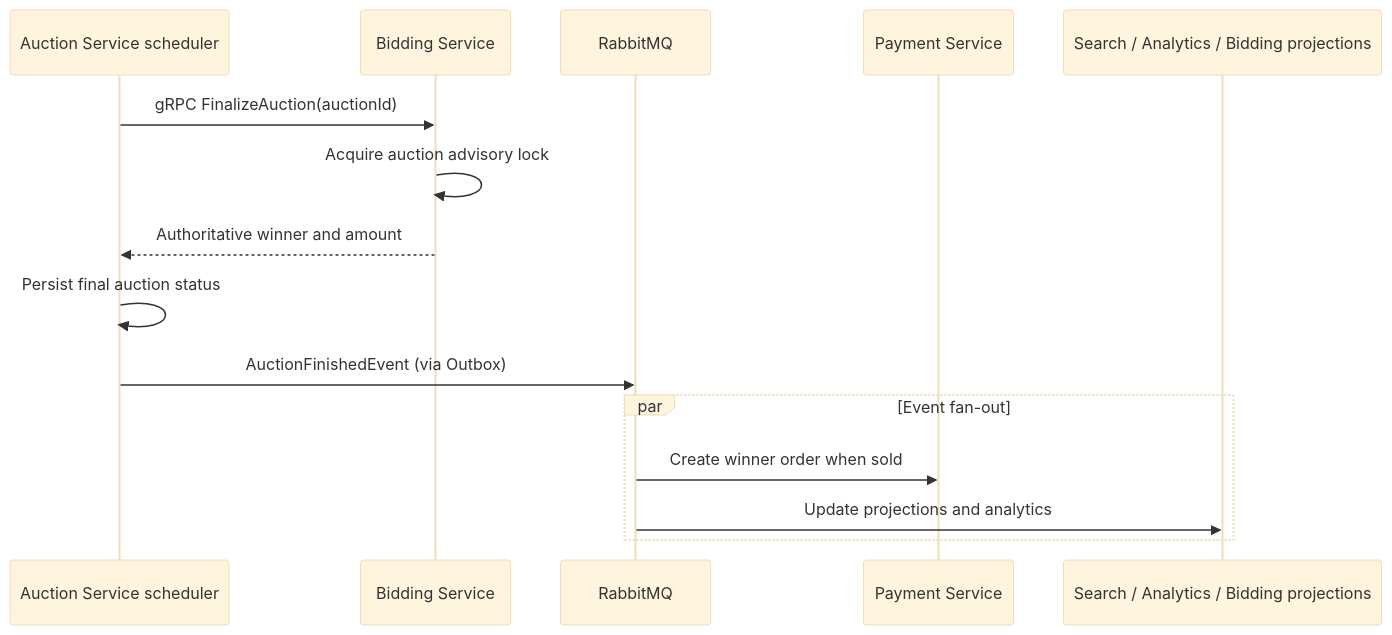
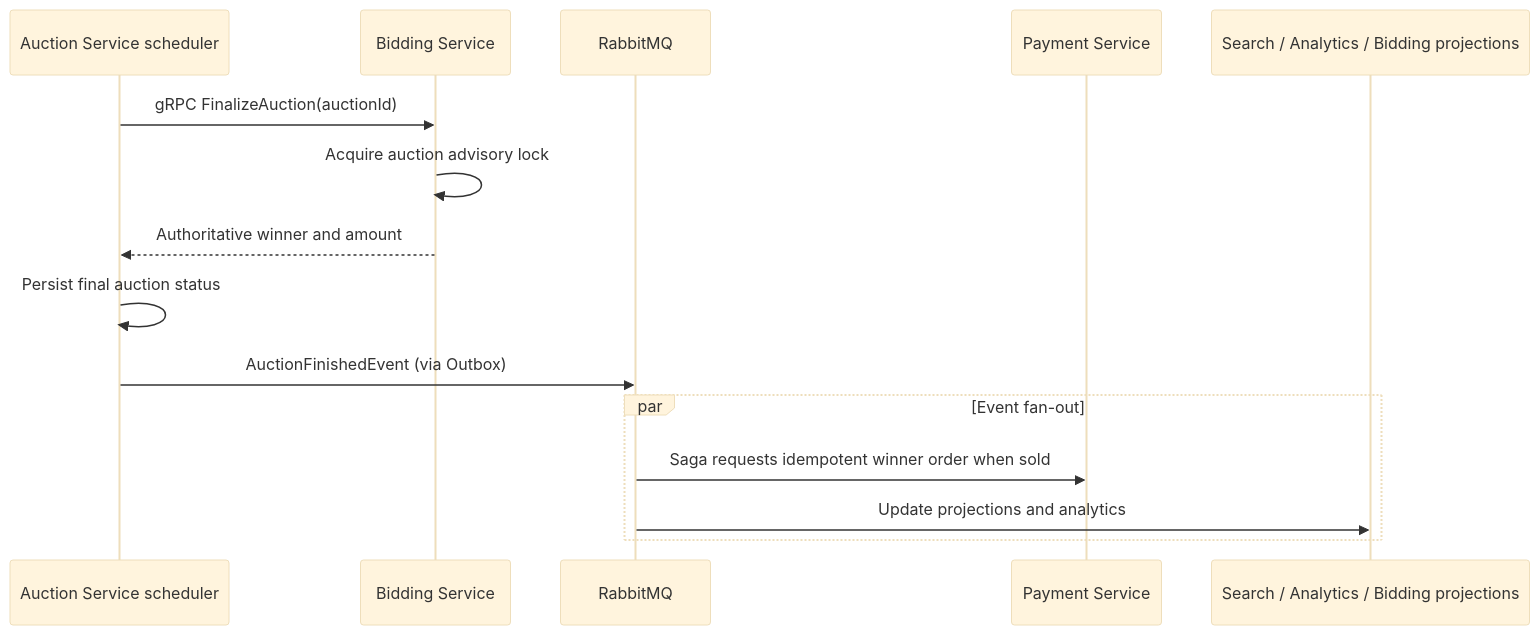
The fourth of 8 diagrams in README.md (blanho/auction-platform-microservices), drawn with Mermaid (base theme) before and after one commit. The commit also changed other lines of this file and 125 other files, not shown here.

````diff
--- a/README.md
+++ b/README.md
@@ -288,18 +288,18 @@
 ```mermaid
 sequenceDiagram
     participant AUC as Auction Service scheduler
     participant BID as Bidding Service
     participant MQ as RabbitMQ
     participant PAY as Payment Service
     participant READ as Search / Analytics / Bidding projections
 
     AUC->>BID: gRPC FinalizeAuction(auctionId)
     BID->>BID: Acquire auction advisory lock
     BID-->>AUC: Authoritative winner and amount
     AUC->>AUC: Persist final auction status
     AUC->>MQ: AuctionFinishedEvent (via Outbox)
     par Event fan-out
-        MQ->>PAY: Create winner order when sold
+        MQ->>PAY: Saga requests idempotent winner order when sold
         MQ->>READ: Update projections and analytics
     end
 ```
````
